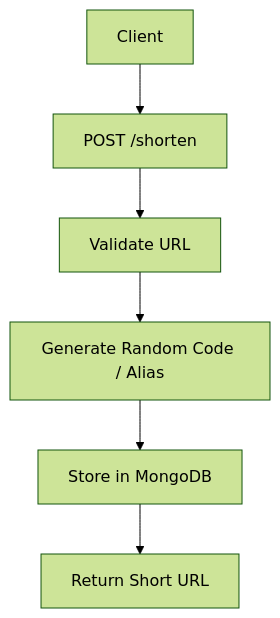
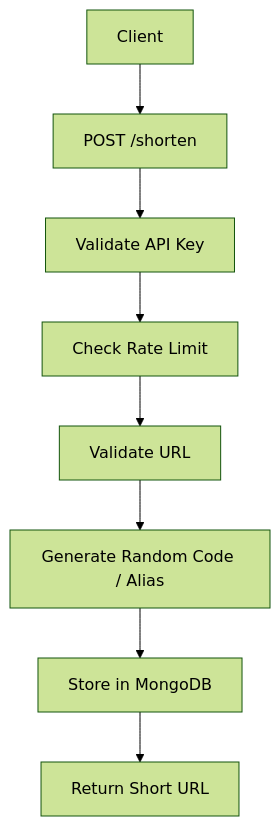
Before and after one commit to channabasavaballolli/URL-Shortener: the diagram in Readme.md, drawn with Mermaid (forest theme). The commit also changed other lines of this file, not shown here.

````diff
--- a/Readme.md
+++ b/Readme.md
@@ -25,8 +31,10 @@
 ```mermaid
 graph TD
     Client --> Shorten[POST /shorten]
-    Shorten --> Validate[Validate URL]
+    Shorten --> Auth[Validate API Key]
+    Auth --> RateLimit[Check Rate Limit]
+    RateLimit --> Validate[Validate URL]
     Validate --> Generate[Generate Random Code / Alias]
     Generate --> MongoDB[Store in MongoDB]
     MongoDB --> Response[Return Short URL]
 ```
````
